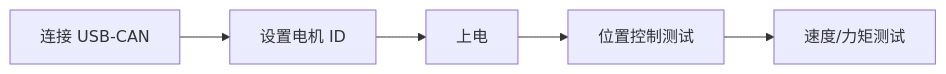
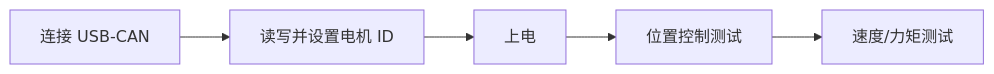
Before and after one commit to joyin-dexhand/joyin_arm_tutorial: the second of 3 diagrams in docs/chapter1_1.md, drawn with Mermaid. The commit also changed other lines of this file, not shown here.

````diff
--- a/docs/chapter1_1.md
+++ b/docs/chapter1_1.md
@@ -85,7 +83,7 @@
 ```mermaid
 flowchart LR
-    A[连接 USB-CAN] --> B[设置电机 ID]
+    A[连接 USB-CAN] --> B[读写并设置电机 ID]
     B --> C[上电]
     C --> D[位置控制测试]
     D --> E[速度/力矩测试]
 ```
````
